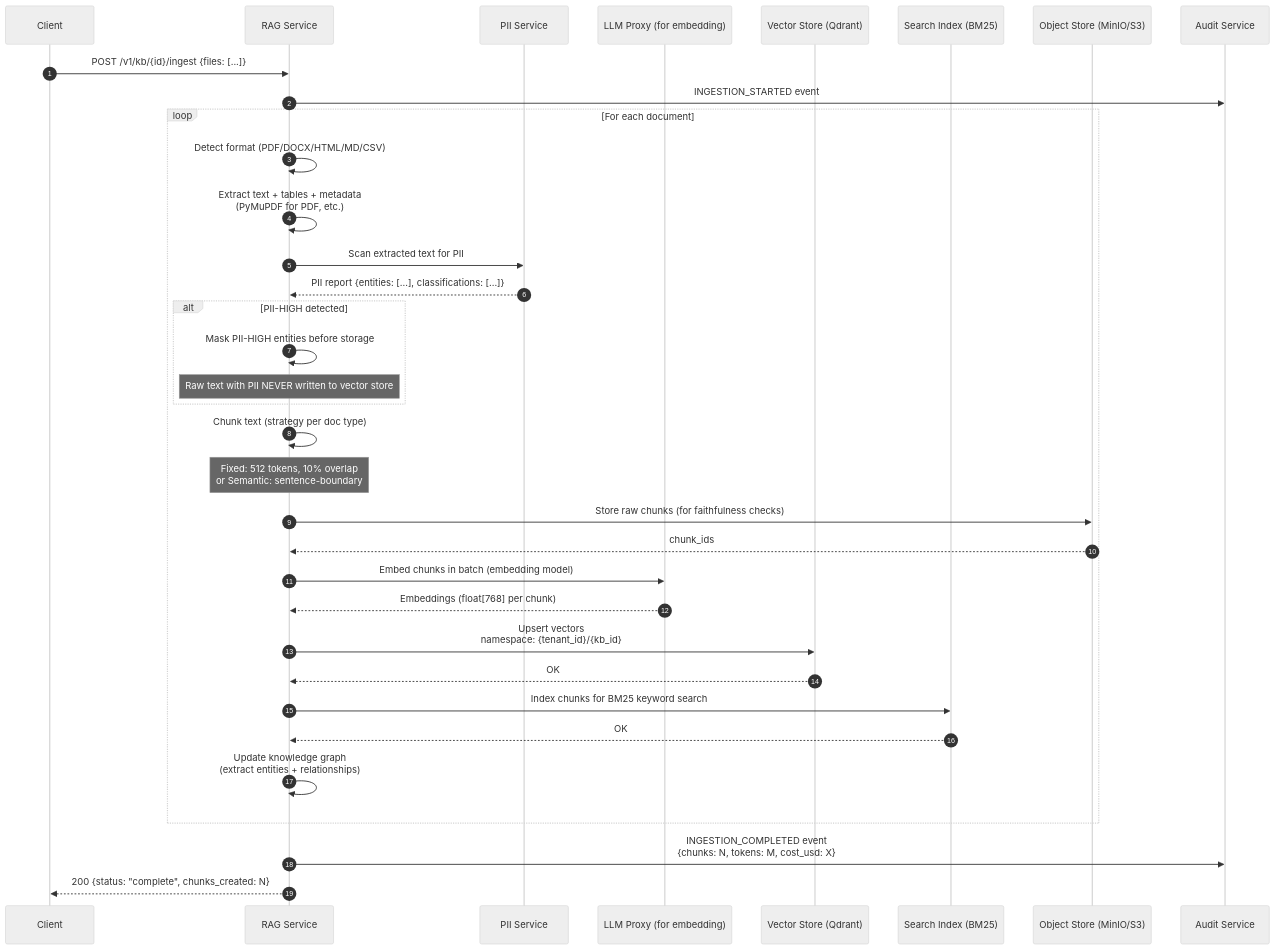
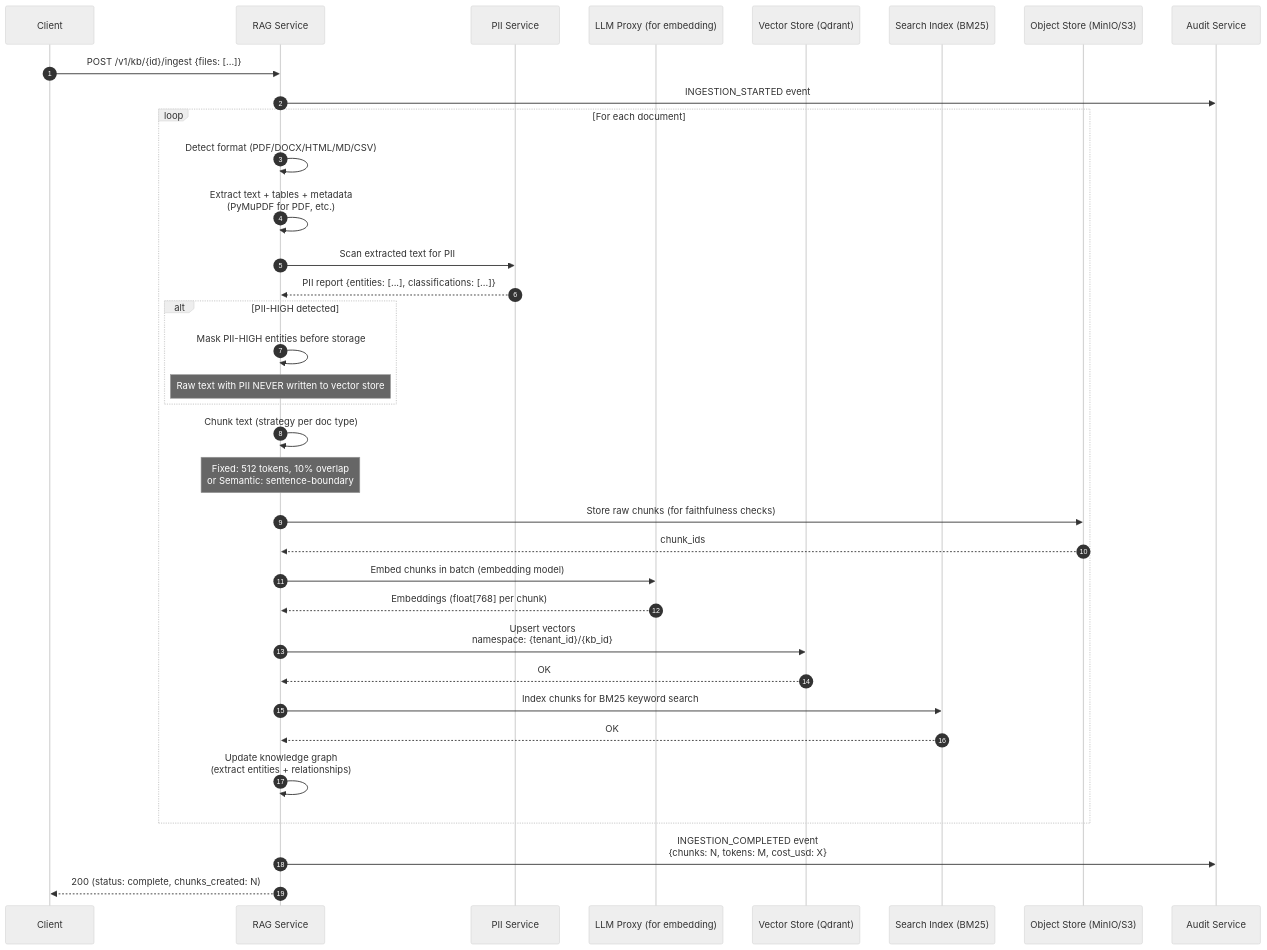
The seventh of 18 diagrams in SEQUENCE_DIAGRAMS.md (GVijay456/Test), drawn with Mermaid (neutral theme) before and after one commit. The commit also changed other lines of this file and 1 other file, not shown here.

First line of the commit message:
Fix Mermaid sequence diagram rendering issues

````diff
--- a/SEQUENCE_DIAGRAMS.md
+++ b/SEQUENCE_DIAGRAMS.md
@@ -401,48 +401,48 @@
 ```mermaid
 sequenceDiagram
     autonumber
     participant C  as Client
     participant RS as RAG Service
     participant PS as PII Service
     participant LP as LLM Proxy (for embedding)
     participant VS as Vector Store (Qdrant)
     participant SS as Search Index (BM25)
     participant OS as Object Store (MinIO/S3)
     participant AU as Audit Service
 
     C->>RS: POST /v1/kb/{id}/ingest {files: [...]}
     RS->>AU: INGESTION_STARTED event
 
     loop For each document
         RS->>RS: Detect format (PDF/DOCX/HTML/MD/CSV)
         RS->>RS: Extract text + tables + metadata<br/>(PyMuPDF for PDF, etc.)
 
         RS->>PS: Scan extracted text for PII
         PS-->>RS: PII report {entities: [...], classifications: [...]}
 
         alt PII-HIGH detected
             RS->>RS: Mask PII-HIGH entities before storage
             Note over RS: Raw text with PII NEVER written to vector store
         end
 
         RS->>RS: Chunk text (strategy per doc type)
         Note over RS: Fixed: 512 tokens, 10% overlap<br/>or Semantic: sentence-boundary
 
         RS->>OS: Store raw chunks (for faithfulness checks)
         OS-->>RS: chunk_ids
 
         RS->>LP: Embed chunks in batch (embedding model)
         LP-->>RS: Embeddings (float[768] per chunk)
 
         RS->>VS: Upsert vectors<br/>namespace: {tenant_id}/{kb_id}
         VS-->>RS: OK
 
         RS->>SS: Index chunks for BM25 keyword search
         SS-->>RS: OK
 
         RS->>RS: Update knowledge graph<br/>(extract entities + relationships)
     end
 
     RS->>AU: INGESTION_COMPLETED event<br/>{chunks: N, tokens: M, cost_usd: X}
-    RS-->>C: 200 {status: "complete", chunks_created: N}
+    RS-->>C: 200 (status: complete, chunks_created: N)
 ```
````
